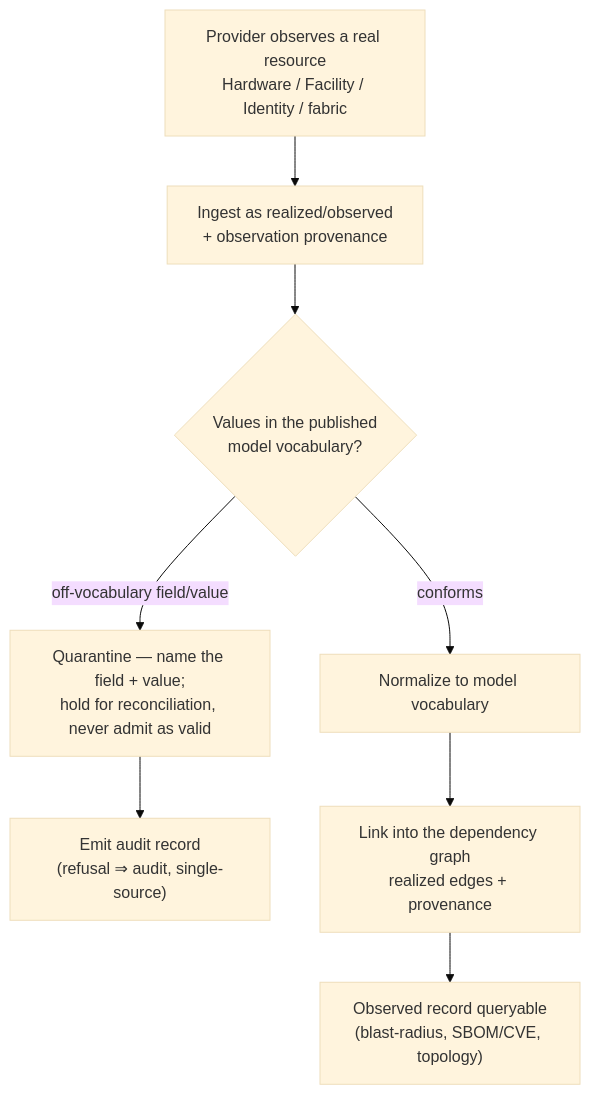
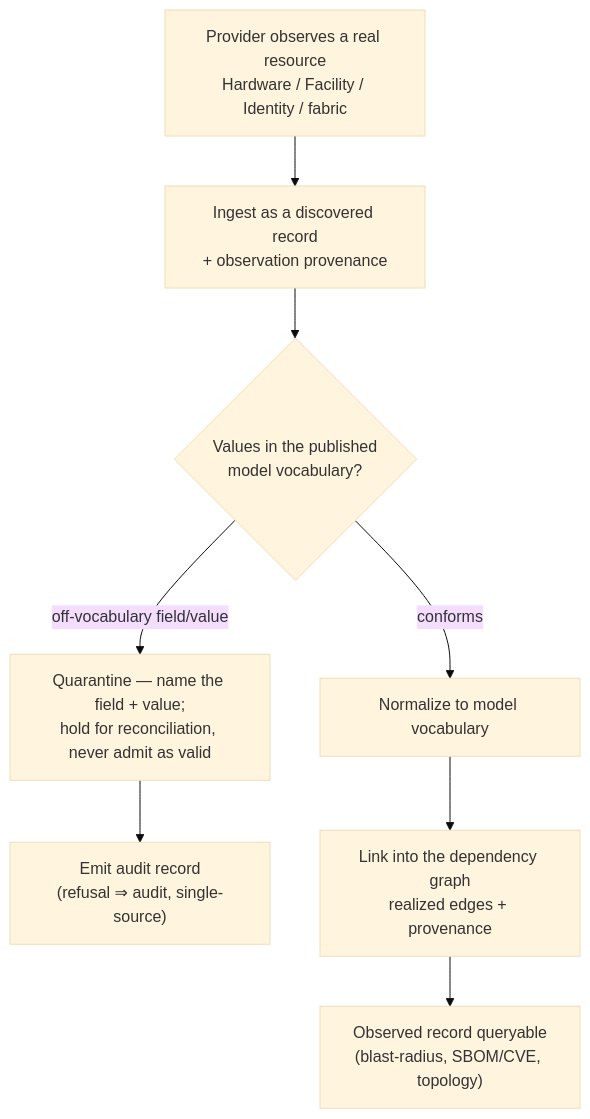
One commit to croadfeldt/udlm changed the diagram in docs/flows/estate-observation-lifecycle.md. Above: the diagram before and after it, drawn with Mermaid (base theme). The commit also changed other lines of this file and 31 other files, not shown here.

First line of the commit message:
docs sweep 4a: the lifecycle flows read true and plain

````diff
--- a/docs/flows/estate-observation-lifecycle.md
+++ b/docs/flows/estate-observation-lifecycle.md
@@ -25,10 +26,10 @@
 ```mermaid
 flowchart TD
-    A["Provider observes a real resource<br/>Hardware / Facility / Identity / fabric"] --> B["Ingest as realized/observed<br/>+ observation provenance"]
+    A["Provider observes a real resource<br/>Hardware / Facility / Identity / fabric"] --> B["Ingest as a discovered record<br/>+ observation provenance"]
     B --> C{"Values in the published<br/>model vocabulary?"}
     C -->|off-vocabulary field/value| Q["Quarantine — name the field + value;<br/>hold for reconciliation, never admit as valid"]
     Q --> AUD["Emit audit record<br/>(refusal ⇒ audit, single-source)"]
     C -->|conforms| D["Normalize to model vocabulary"]
     D --> E["Link into the dependency graph<br/>realized edges + provenance"]
     E --> F["Observed record queryable<br/>(blast-radius, SBOM/CVE, topology)"]
 ```
````
